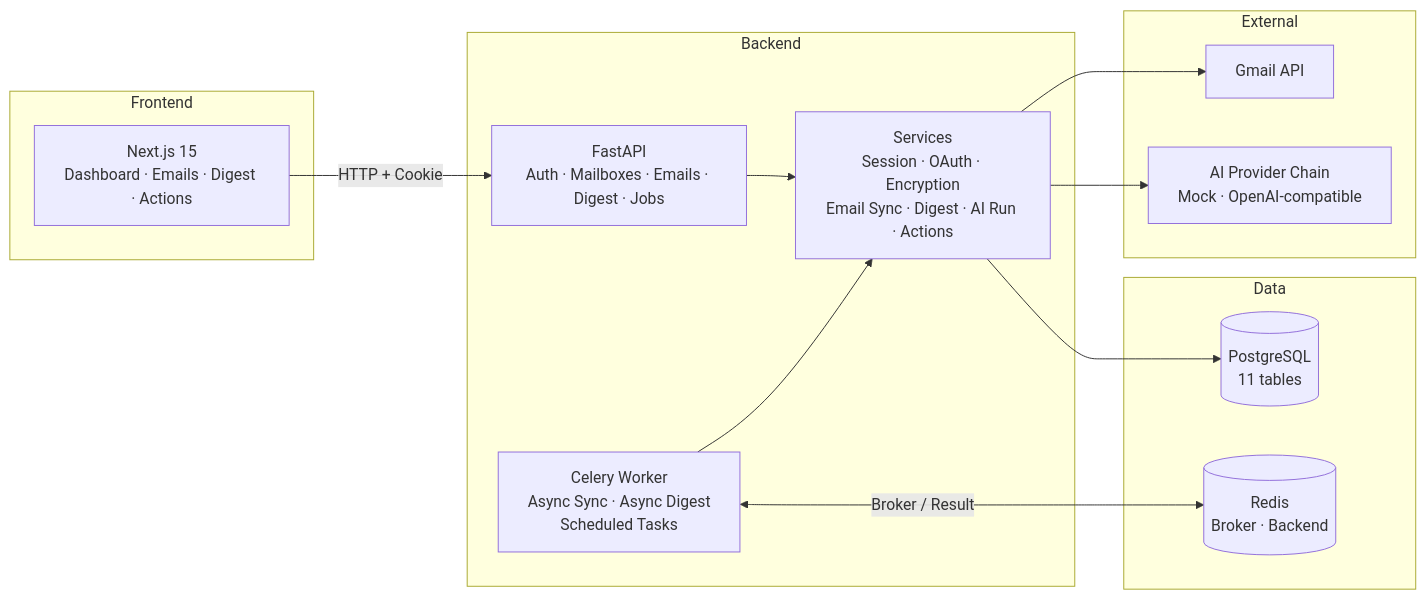
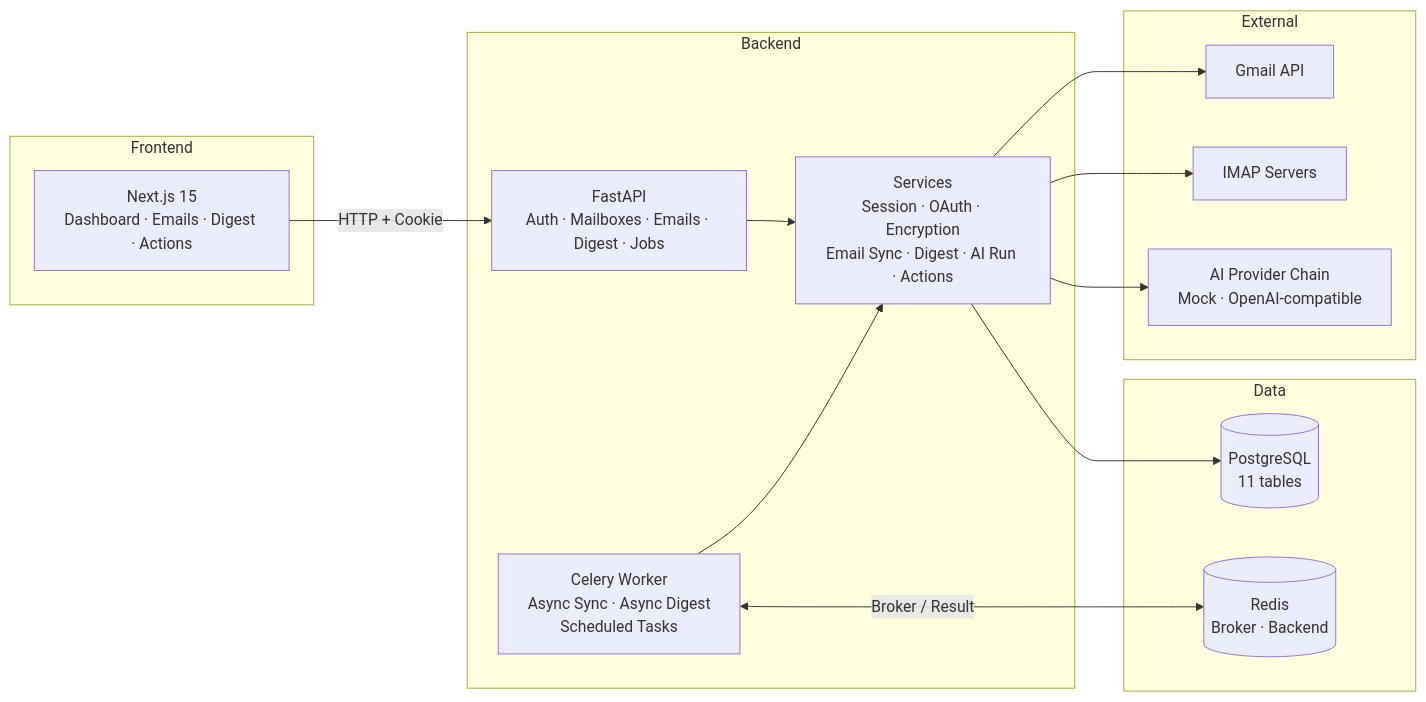
Before and after one commit to moye12325/mailmind-ai-email-copilot: the diagram in README.md, drawn with Mermaid. The commit also changed other lines of this file and 10 other files, not shown here.

First line of the commit message:
docs: v0.5.2 demo readiness - architecture diagrams and documentation refresh

````diff
--- a/README.md
+++ b/README.md
@@ -124,30 +131,32 @@
 ```mermaid
 flowchart LR
     subgraph Frontend
         UI["Next.js 15<br/>Dashboard · Emails · Digest · Actions"]
     end
 
     subgraph Backend
         API["FastAPI<br/>Auth · Mailboxes · Emails · Digest · Jobs"]
         SVC["Services<br/>Session · OAuth · Encryption<br/>Email Sync · Digest · AI Run · Actions"]
         WORKER["Celery Worker<br/>Async Sync · Async Digest<br/>Scheduled Tasks"]
     end
 
     subgraph Data
         PG[("PostgreSQL<br/>11 tables")]
         RD[("Redis<br/>Broker · Backend")]
     end
 
     subgraph External
         GMAIL["Gmail API"]
+        IMAP["IMAP Servers"]
         AI["AI Provider Chain<br/>Mock · OpenAI-compatible"]
     end
 
     UI -->|"HTTP + Cookie"| API
     API --> SVC
     SVC --> PG
     WORKER --> SVC
     WORKER <-->|"Broker / Result"| RD
     SVC --> GMAIL
+    SVC --> IMAP
     SVC --> AI
 ```
````
